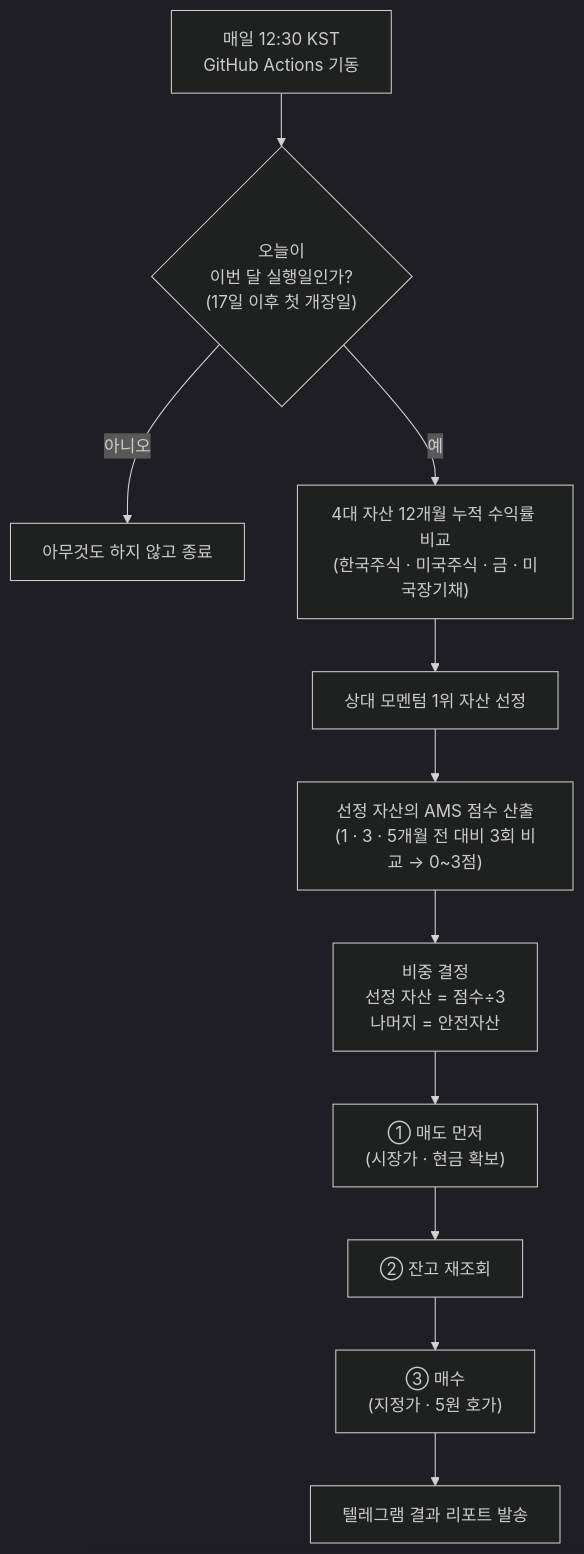
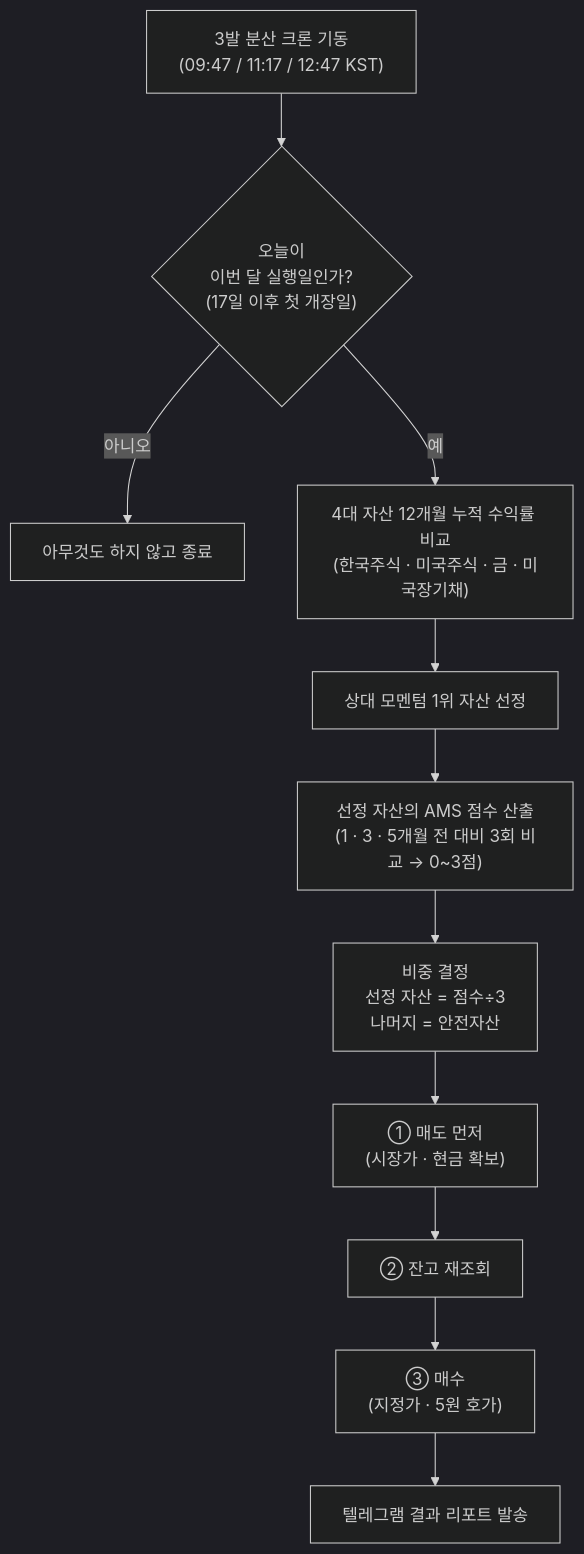
The second of 3 diagrams in retirement_savings_dual_momentum_guide.md (hyh54311-dev/jinhae-admission-system), drawn with Mermaid (dark theme) before and after one commit. The commit also changed other lines of this file, not shown here.

````diff
--- a/retirement_savings_dual_momentum_guide.md
+++ b/retirement_savings_dual_momentum_guide.md
@@ -988,13 +998,13 @@
 ```mermaid
 flowchart TD
-  A["매일 12:30 KST<br/>GitHub Actions 기동"] --> B{"오늘이<br/>이번 달 실행일인가?<br/>(17일 이후 첫 개장일)"}
+  A["3발 분산 크론 기동<br/>(09:47 / 11:17 / 12:47 KST)"] --> B{"오늘이<br/>이번 달 실행일인가?<br/>(17일 이후 첫 개장일)"}
   B -->|아니오| Z["아무것도 하지 않고 종료"]
   B -->|예| C["4대 자산 12개월 누적 수익률 비교<br/>(한국주식 · 미국주식 · 금 · 미국장기채)"]
   C --> D["상대 모멘텀 1위 자산 선정"]
   D --> E["선정 자산의 AMS 점수 산출<br/>(1 · 3 · 5개월 전 대비 3회 비교 → 0~3점)"]
   E --> F["비중 결정<br/>선정 자산 = 점수÷3<br/>나머지 = 안전자산"]
   F --> G["① 매도 먼저<br/>(시장가 · 현금 확보)"]
   G --> H["② 잔고 재조회"]
   H --> I["③ 매수<br/>(지정가 · 5원 호가)"]
   I --> J["텔레그램 결과 리포트 발송"]
 ```
````
